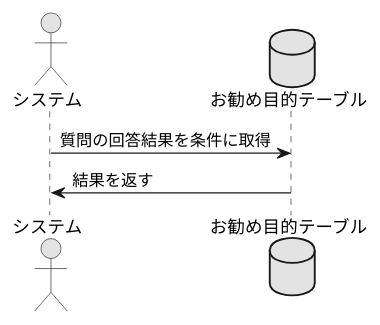
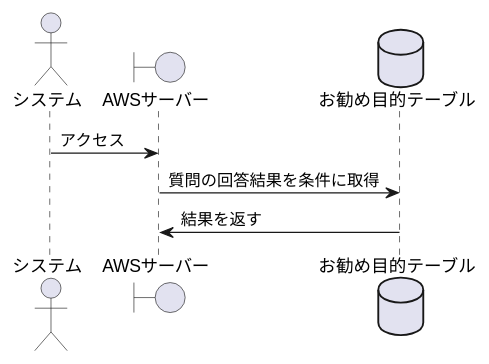
One commit to teamack20172020/sotukenTest changed the diagram in 設計書/シーケンス図/済：システム4：質問の回答をもとにお勧めの目的をDBから取得する.pu. Above: the diagram before and after it, drawn with PlantUML.

Commit message:
質問の回答をもとにお勧めの目的をDBから取得するのシーケンス図修正

```diff
--- a/設計書/シーケンス図/済：システム4：質問の回答をもとにお勧めの目的をDBから取得する.pu
+++ b/設計書/シーケンス図/済：システム4：質問の回答をもとにお勧めの目的をDBから取得する.pu
@@ -1,11 +1,13 @@
 @startuml
 
-skinparam monochrome true
+actor システム
 
-actor システム
+boundary AWSサーバー
+
 database お勧め目的テーブル as DB
 
-システム -> DB : 質問の回答結果を条件に取得
-システム <- DB : 結果を返す
+システム -> AWSサーバー: アクセス
+AWSサーバー -> DB : 質問の回答結果を条件に取得
+AWSサーバー <- DB : 結果を返す
 
 @enduml
```
